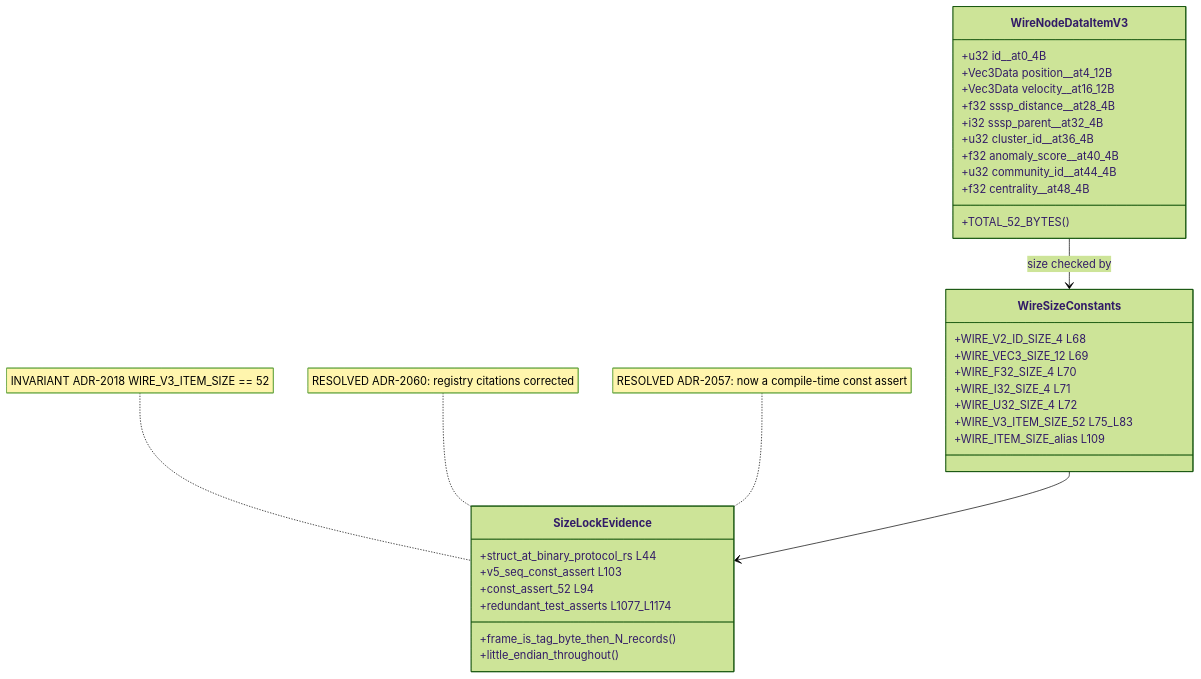
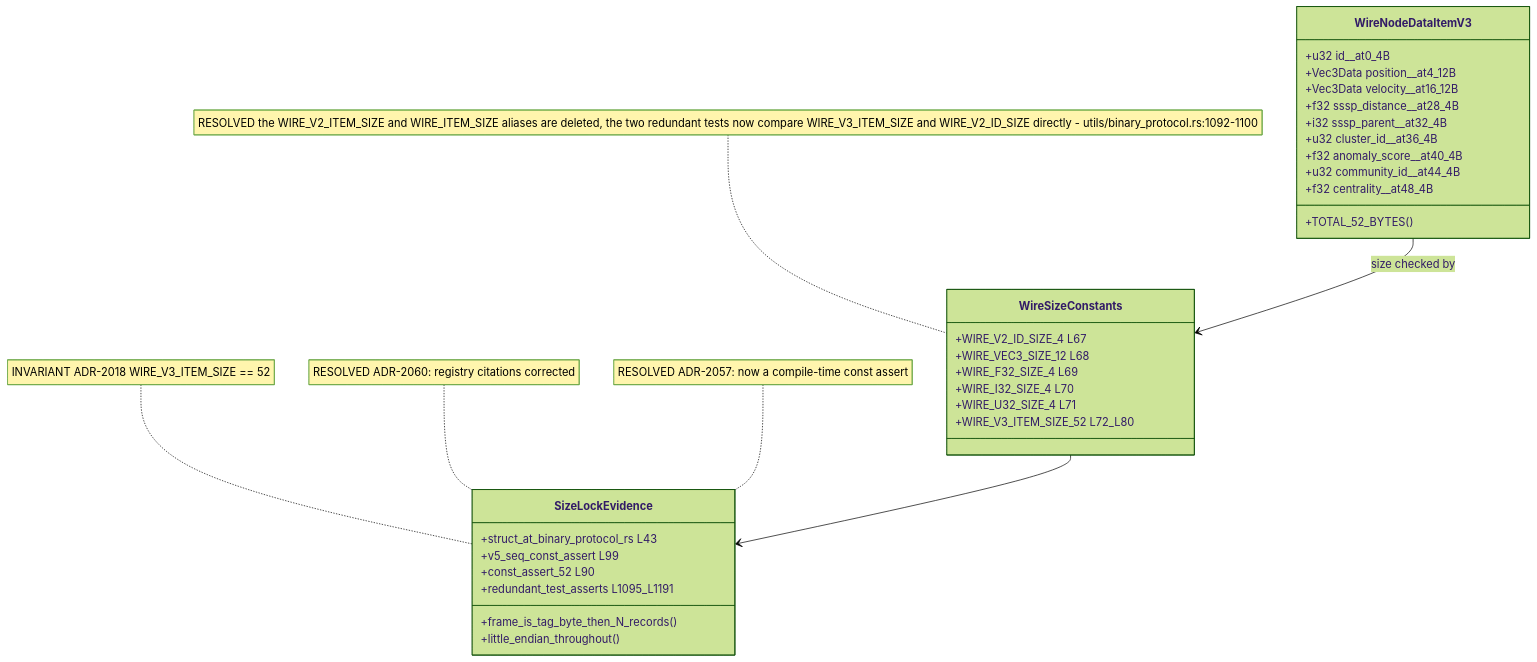
The first of 10 diagrams in docs/diagrams/visionclaw/14-wire-frames-and-tag-registry.md (DreamLab-AI/VisionFlow), drawn with Mermaid (forest theme) before and after one commit. The commit also changed other lines of this file and 160 other files, not shown here.

````diff
--- a/docs/diagrams/visionclaw/14-wire-frames-and-tag-registry.md
+++ b/docs/diagrams/visionclaw/14-wire-frames-and-tag-registry.md
@@ -29,39 +36,39 @@
 ```mermaid
 classDiagram
     class WireNodeDataItemV3 {
         +u32 id__at0_4B
         +Vec3Data position__at4_12B
         +Vec3Data velocity__at16_12B
         +f32 sssp_distance__at28_4B
         +i32 sssp_parent__at32_4B
         +u32 cluster_id__at36_4B
         +f32 anomaly_score__at40_4B
         +u32 community_id__at44_4B
         +f32 centrality__at48_4B
         +TOTAL_52_BYTES()
     }
     class WireSizeConstants {
-        +WIRE_V2_ID_SIZE_4 L68
-        +WIRE_VEC3_SIZE_12 L69
-        +WIRE_F32_SIZE_4 L70
-        +WIRE_I32_SIZE_4 L71
-        +WIRE_U32_SIZE_4 L72
-        +WIRE_V3_ITEM_SIZE_52 L75_L83
-        +WIRE_ITEM_SIZE_alias L109
+        +WIRE_V2_ID_SIZE_4 L67
+        +WIRE_VEC3_SIZE_12 L68
+        +WIRE_F32_SIZE_4 L69
+        +WIRE_I32_SIZE_4 L70
+        +WIRE_U32_SIZE_4 L71
+        +WIRE_V3_ITEM_SIZE_52 L72_L80
     }
     WireNodeDataItemV3 --> WireSizeConstants : size checked by
 
     class SizeLockEvidence {
-        +struct_at_binary_protocol_rs L44
-        +v5_seq_const_assert L103
-        +const_assert_52 L94
-        +redundant_test_asserts L1077_L1174
+        +struct_at_binary_protocol_rs L43
+        +v5_seq_const_assert L99
+        +const_assert_52 L90
+        +redundant_test_asserts L1095_L1191
         +frame_is_tag_byte_then_N_records()
         +little_endian_throughout()
     }
     WireSizeConstants --> SizeLockEvidence
 
     note for SizeLockEvidence "INVARIANT ADR-2018 WIRE_V3_ITEM_SIZE == 52"
     note for SizeLockEvidence "RESOLVED ADR-2060: registry citations corrected"
     note for SizeLockEvidence "RESOLVED ADR-2057: now a compile-time const assert"
+    note for WireSizeConstants "RESOLVED the WIRE_V2_ITEM_SIZE and WIRE_ITEM_SIZE aliases are deleted, the two redundant tests now compare WIRE_V3_ITEM_SIZE and WIRE_V2_ID_SIZE directly - utils/binary_protocol.rs:1092-1100"
 ```
````
